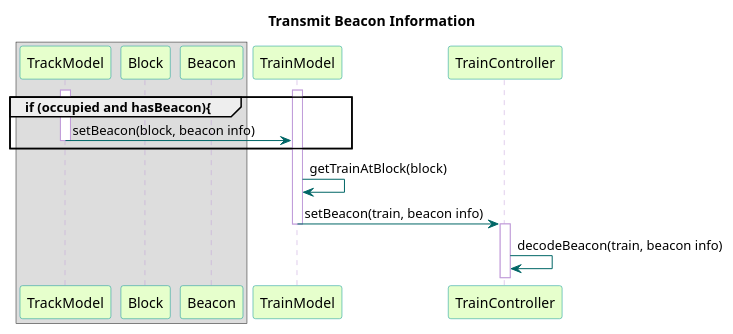
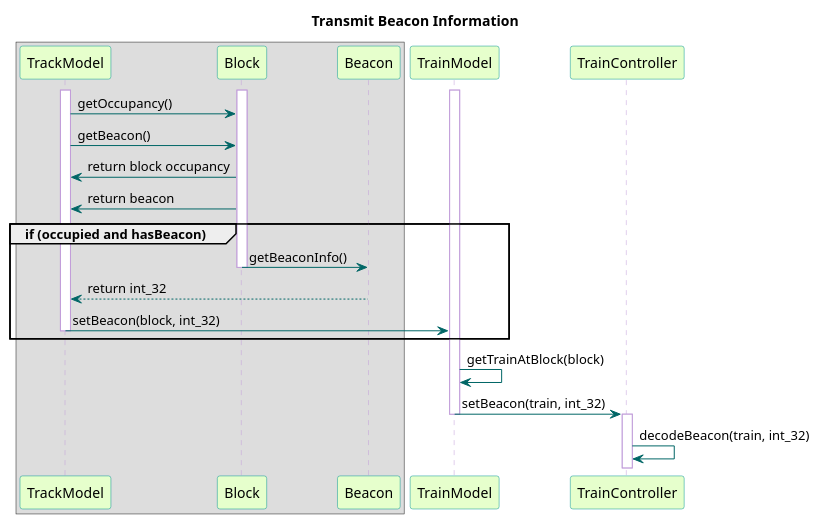
One commit to kevingilboy/COE1186 changed the diagram in TrainSystem/yUML/Sequence Diagrams/TrackModel/TransmitBeaconInformation-TrackModel.pu. Above: the diagram before and after it, drawn with PlantUML. The commit also changed 1 other file, not shown here.

Commit message:
added TrackModel sequence for transmitting beacon info

```diff
--- a/TrainSystem/yUML/Sequence Diagrams/TrackModel/TransmitBeaconInformation-TrackModel.pu
+++ b/TrainSystem/yUML/Sequence Diagrams/TrackModel/TransmitBeaconInformation-TrackModel.pu
@@ -1,41 +1,54 @@
 @startuml
 
 title Transmit Beacon Information
 
 skinparam noteBorderColor #049595
 
 skinparam sequence {
 	BackgroundColor transparent
 	ParticipantBackgroundColor #e6ffcc
 	ParticipantBorderColor 	#049595
 	PackageBorderCOlor  #049595
 	ArrowColor #006666
 	LifeLineBorderColor #c09cd9
 }
 
 box
 	participant TrackModel
 	participant Block
 	participant Beacon
 end box
 
 participant TrainModel
 participant TrainController
 
 activate TrackModel
 
-group if (occupied and hasBeacon){
-TrackModel -> TrainModel : setBeacon(block, beacon info)
-deactivate TrackModel
+
+activate Block
+TrackModel -> Block : getOccupancy()
+TrackModel -> Block : getBeacon()
+Block -> TrackModel : return block occupancy
+Block -> TrackModel : return beacon
+
+group if (occupied and hasBeacon)
+
+	Block -> Beacon : getBeaconInfo()
+	deactivate Block
+
+	Beacon --> TrackModel : return int_32
+	TrackModel -> TrainModel : setBeacon(block, int_32)
+
+	deactivate TrackModel
 
 end
 
 
 activate TrainModel
 TrainModel -> TrainModel : getTrainAtBlock(block)
-TrainModel -> TrainController : setBeacon(train, beacon info)
+TrainModel -> TrainController : setBeacon(train, int_32)
 deactivate TrainModel
 activate TrainController
-TrainController -> TrainController : decodeBeacon(train, beacon info)
+TrainController -> TrainController : decodeBeacon(train, int_32)
 
 @enduml
```
